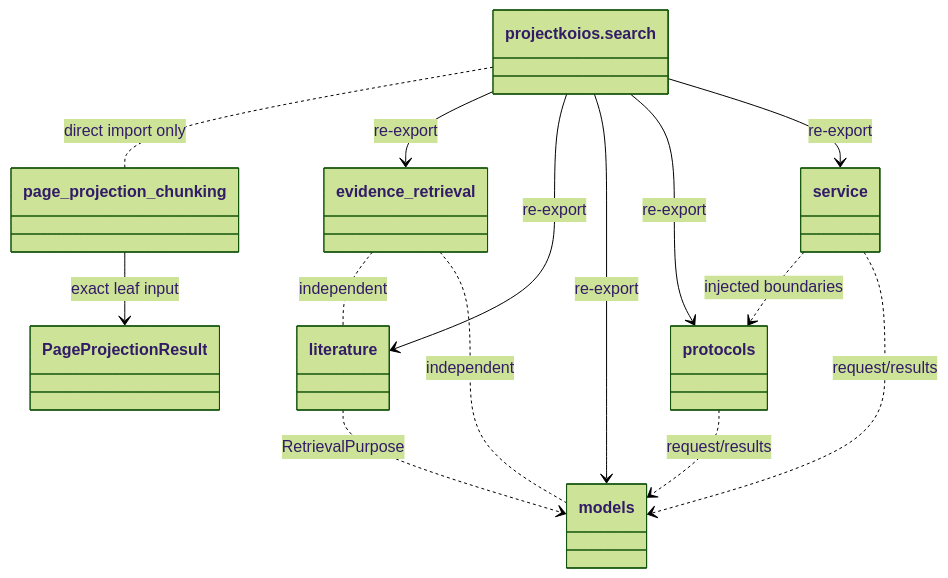
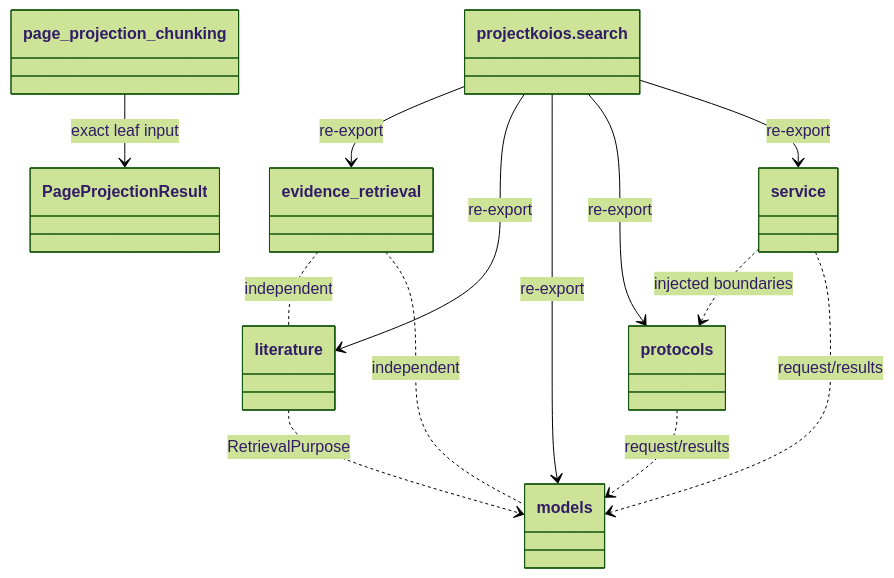
Before and after one commit to eragasa/projectkoios-search: the diagram in docs/architecture/projectkoios/search/implementation.md, drawn with Mermaid (forest theme).

Commit message:
docs(search): correct chunking facade schematic

````diff
--- a/docs/architecture/projectkoios/search/implementation.md
+++ b/docs/architecture/projectkoios/search/implementation.md
@@ -10,25 +10,24 @@
 ```mermaid
 classDiagram
     class SearchFacade["projectkoios.search"]
     class PageProjectionChunkingModule["page_projection_chunking"]
     class PageProjectionResult
     class EvidenceRetrievalModule["evidence_retrieval"]
     class LiteratureModule["literature"]
     class ModelsModule["models"]
     class ProtocolsModule["protocols"]
     class ServiceModule["service"]
 
     PageProjectionChunkingModule --> PageProjectionResult : exact leaf input
-    SearchFacade .. PageProjectionChunkingModule : direct import only
     SearchFacade --> EvidenceRetrievalModule : re-export
     SearchFacade --> LiteratureModule : re-export
     SearchFacade --> ModelsModule : re-export
     SearchFacade --> ProtocolsModule : re-export
     SearchFacade --> ServiceModule : re-export
     LiteratureModule ..> ModelsModule : RetrievalPurpose
     ProtocolsModule ..> ModelsModule : request/results
     ServiceModule ..> ProtocolsModule : injected boundaries
     ServiceModule ..> ModelsModule : request/results
     EvidenceRetrievalModule .. LiteratureModule : independent
     EvidenceRetrievalModule .. ModelsModule : independent
 ```
````
